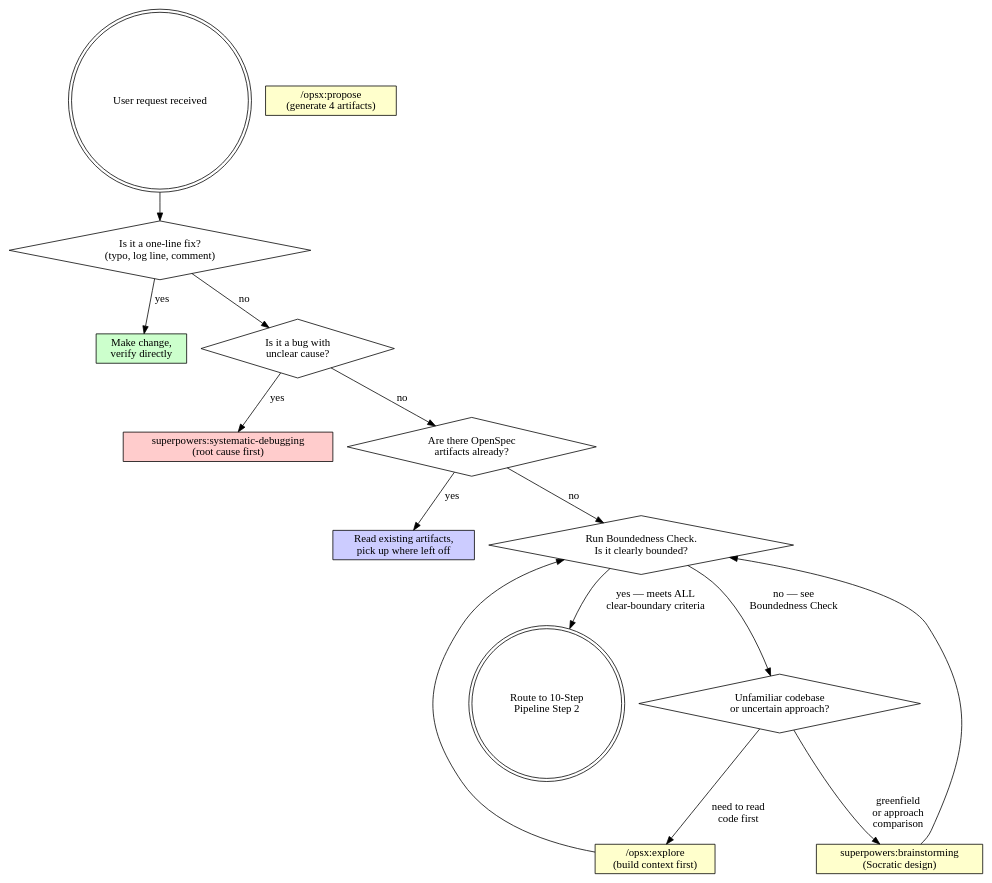
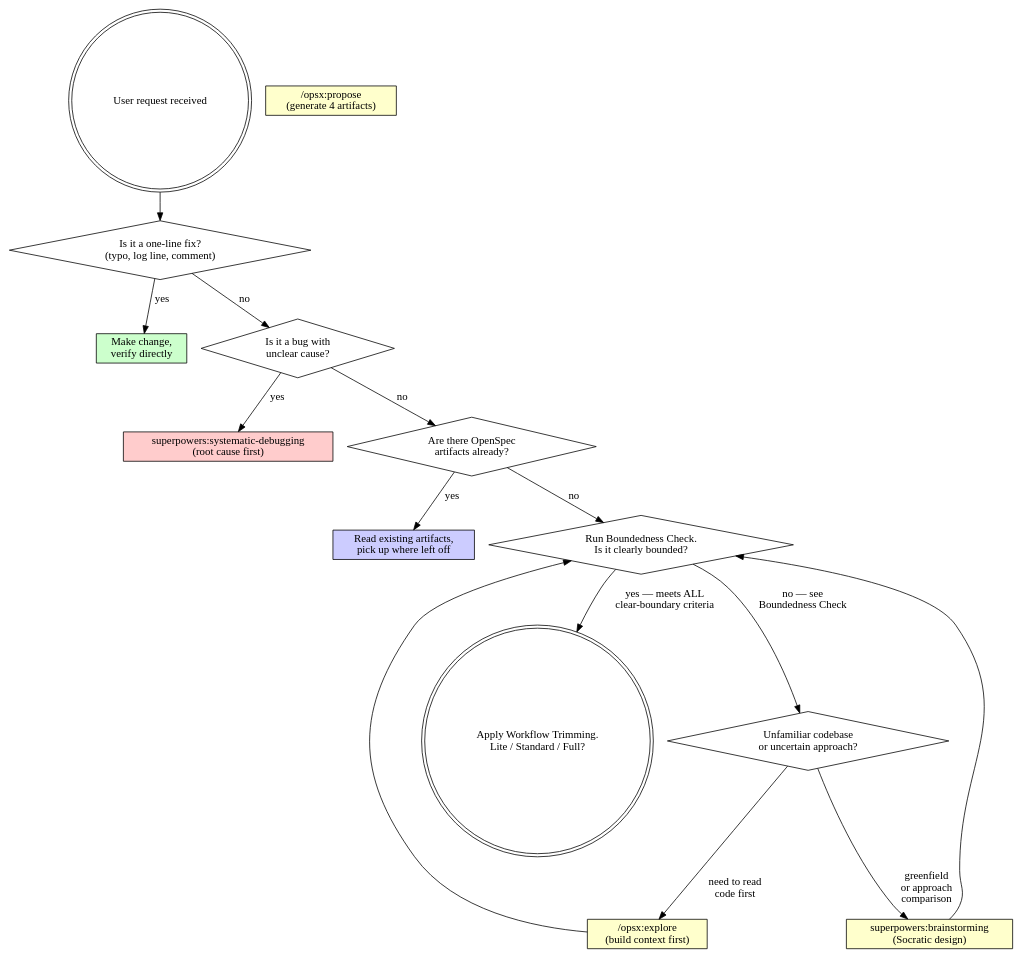
One commit to 9Ashwin/on-my-sdd changed the diagram in skills/sdd-workflow/SKILL.md. Above: the diagram before and after it, drawn with Graphviz. The commit also changed other lines of this file, not shown here.

First line of the commit message:
refactor(sdd-workflow): replace rigid 10-step pipeline with tiered Lite/Standard/Full

````diff
--- a/skills/sdd-workflow/SKILL.md
+++ b/skills/sdd-workflow/SKILL.md
@@ -160,31 +186,31 @@
 ```dot
 digraph sdd_routing {
     "User request received" [shape=doublecircle];
     "Is it a one-line fix?\n(typo, log line, comment)" [shape=diamond];
     "Make change,\nverify directly" [shape=box style=filled fillcolor="#ccffcc"];
     "Is it a bug with\nunclear cause?" [shape=diamond];
     "superpowers:systematic-debugging\n(root cause first)" [shape=box style=filled fillcolor="#ffcccc"];
     "Are there OpenSpec\nartifacts already?" [shape=diamond];
     "Read existing artifacts,\npick up where left off" [shape=box style=filled fillcolor="#ccccff"];
     "Run Boundedness Check.\nIs it clearly bounded?" [shape=diamond];
     "Unfamiliar codebase\nor uncertain approach?" [shape=diamond];
     "/opsx:propose\n(generate 4 artifacts)" [shape=box style=filled fillcolor="#ffffcc"];
     "/opsx:explore\n(build context first)" [shape=box style=filled fillcolor="#ffffcc"];
     "superpowers:brainstorming\n(Socratic design)" [shape=box style=filled fillcolor="#ffffcc"];
-    "Route to 10-Step\nPipeline Step 2" [shape=doublecircle];
+    "Apply Workflow Trimming.\nLite / Standard / Full?" [shape=doublecircle];
 
     "User request received" -> "Is it a one-line fix?\n(typo, log line, comment)";
     "Is it a one-line fix?\n(typo, log line, comment)" -> "Make change,\nverify directly" [label="yes"];
     "Is it a one-line fix?\n(typo, log line, comment)" -> "Is it a bug with\nunclear cause?" [label="no"];
     "Is it a bug with\nunclear cause?" -> "superpowers:systematic-debugging\n(root cause first)" [label="yes"];
     "Is it a bug with\nunclear cause?" -> "Are there OpenSpec\nartifacts already?" [label="no"];
     "Are there OpenSpec\nartifacts already?" -> "Read existing artifacts,\npick up where left off" [label="yes"];
     "Are there OpenSpec\nartifacts already?" -> "Run Boundedness Check.\nIs it clearly bounded?" [label="no"];
     "Run Boundedness Check.\nIs it clearly bounded?" -> "Unfamiliar codebase\nor uncertain approach?" [label="no — see\nBoundedness Check"];
-    "Run Boundedness Check.\nIs it clearly bounded?" -> "Route to 10-Step\nPipeline Step 2" [label="yes — meets ALL\nclear-boundary criteria"];
+    "Run Boundedness Check.\nIs it clearly bounded?" -> "Apply Workflow Trimming.\nLite / Standard / Full?" [label="yes — meets ALL\nclear-boundary criteria"];
     "Unfamiliar codebase\nor uncertain approach?" -> "/opsx:explore\n(build context first)" [label="need to read\ncode first"];
     "Unfamiliar codebase\nor uncertain approach?" -> "superpowers:brainstorming\n(Socratic design)" [label="greenfield\nor approach\ncomparison"];
     "/opsx:explore\n(build context first)" -> "Run Boundedness Check.\nIs it clearly bounded?";
     "superpowers:brainstorming\n(Socratic design)" -> "Run Boundedness Check.\nIs it clearly bounded?";
 }
 ```
````
